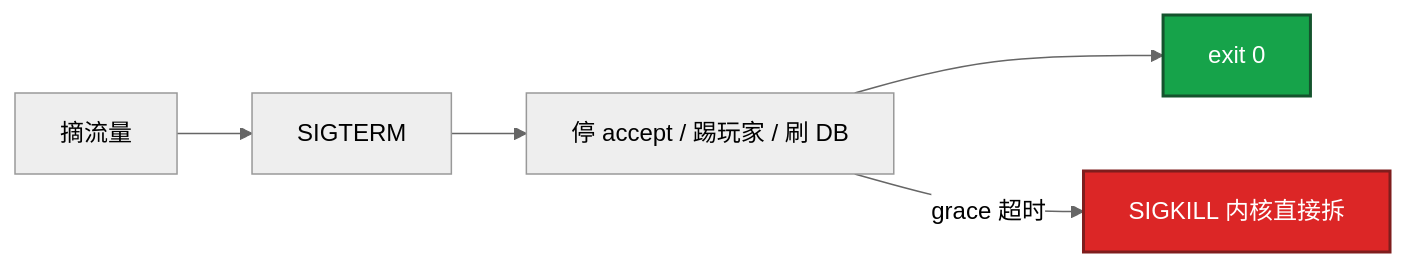
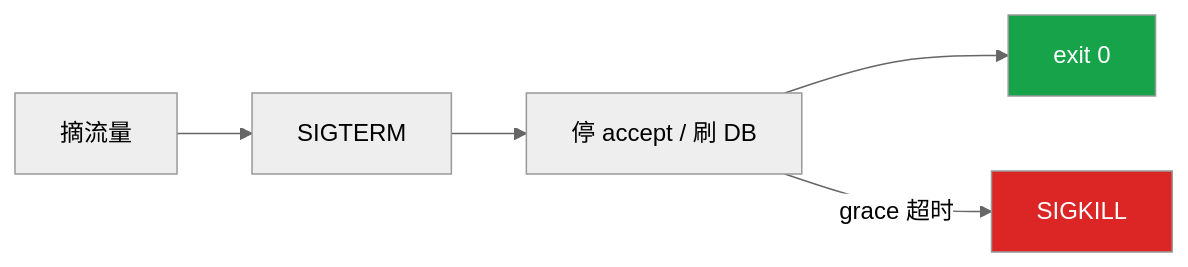
One commit to ml-cuizijun/LearnToLilith changed the third of 8 diagrams in 02-基础底座/02-进程与信号/知识点.md. Above: the diagram before and after it, drawn with Mermaid (neutral theme). The commit also changed other lines of this file and 213 other files, not shown here.

````diff
--- a/02-基础底座/02-进程与信号/知识点.md
+++ b/02-基础底座/02-进程与信号/知识点.md
@@ -140,12 +116,12 @@
 ```mermaid
 flowchart LR
     A[摘流量] --> B[SIGTERM]
-    B --> C[停 accept / 踢玩家 / 刷 DB]
+    B --> C[停 accept / 刷 DB]
     C --> D[exit 0]
-    C -->|grace 超时| E[SIGKILL 内核直接拆]
+    C -->|grace 超时| E[SIGKILL]
 
-    classDef ok fill:#16A34A,stroke:#14532D,stroke-width:2px,color:#fff
-    classDef bad fill:#DC2626,stroke:#7F1D1D,stroke-width:2px,color:#fff
+    classDef ok fill:#16A34A,color:#fff
+    classDef bad fill:#DC2626,color:#fff
     class D ok
     class E bad
 ```
````
